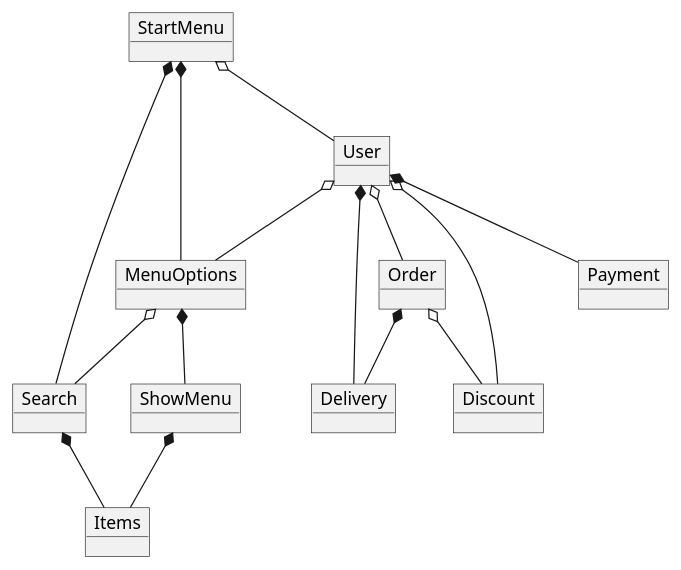
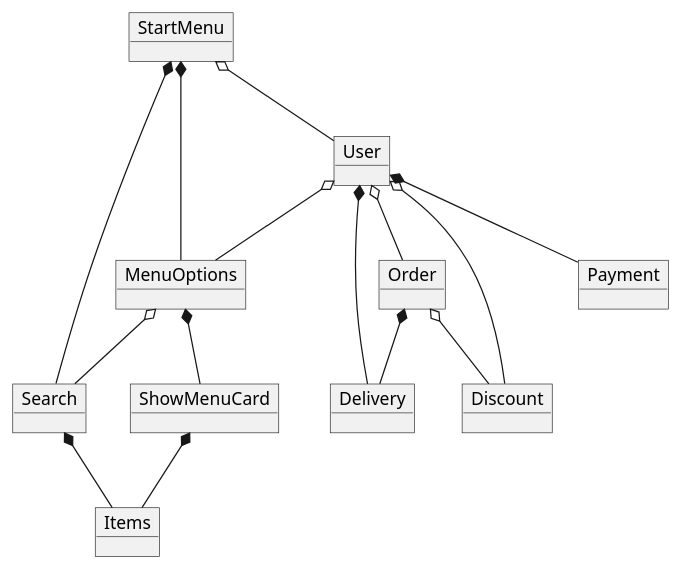
One commit to Madihakhan1/ICE-2024 changed the diagram in Doc/DomainModel1.0.puml. Above: the diagram before and after it, drawn with PlantUML. The commit also changed 1 other file, not shown here.

```diff
--- a/Doc/DomainModel1.0.puml
+++ b/Doc/DomainModel1.0.puml
@@ -1,35 +1,35 @@
 @startuml
 'https://plantuml.com/object-diagram
 
 object StartMenu
 object User
 object MenuOptions
 object Search
 object Order
 object Delivery
 object Discount
 object Payment
-object ShowMenu
+object ShowMenuCard
 object Items
 
 StartMenu o-- User
 StartMenu *-- MenuOptions
 StartMenu *-- Search
 
 Search *-- Items
 
 MenuOptions o-- Search
-MenuOptions *-- ShowMenu
+MenuOptions *-- ShowMenuCard
 
-ShowMenu *-- Items
+ShowMenuCard *-- Items
 
 User *-- Payment
 User o-- Discount
 User o-- Order
 User *-- Delivery
 User o-- MenuOptions
 
 Order *-- Delivery
 Order o-- Discount
 
 @enduml
```
